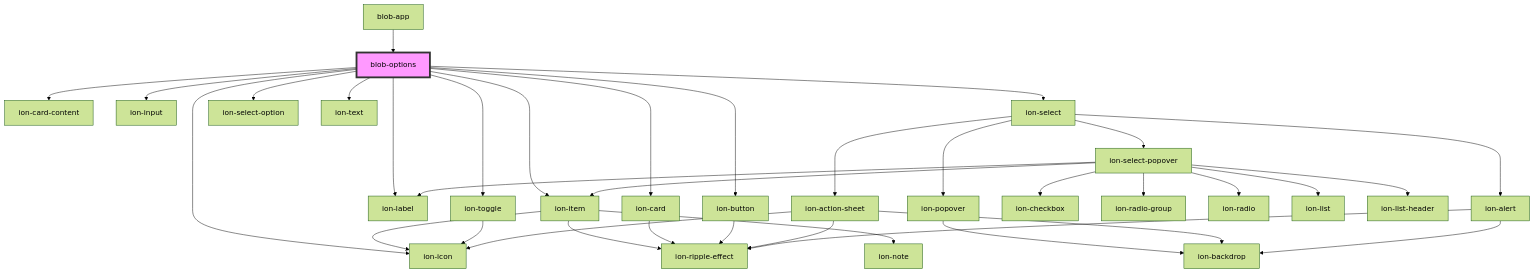
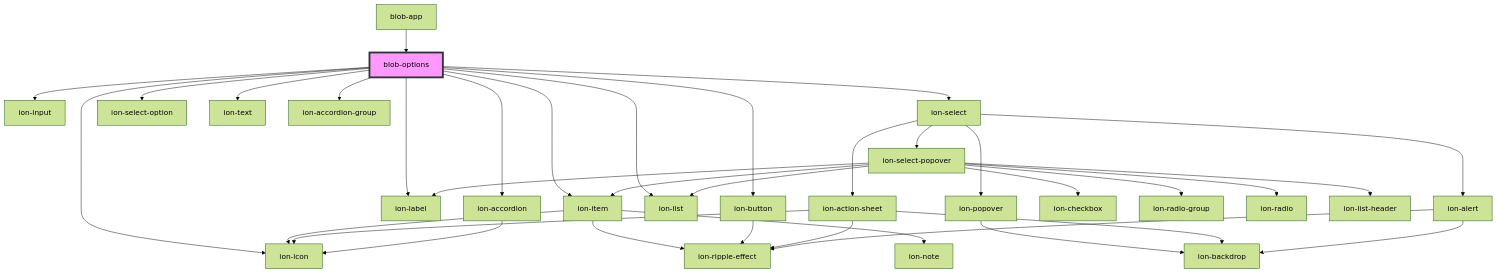
Before and after one commit to Sukaato/blob-downloader: the diagram in src/components/blob-options/readme.md, drawn with Mermaid (forest theme). The commit also changed other lines of this file and 13 other files, not shown here.

````diff
--- a/src/components/blob-options/readme.md
+++ b/src/components/blob-options/readme.md
@@ -29,39 +42,38 @@
 ```mermaid
 graph TD;
   blob-options --> ion-item
+  blob-options --> ion-label
+  blob-options --> ion-input
   blob-options --> ion-icon
-  blob-options --> ion-label
-  blob-options --> ion-toggle
-  blob-options --> ion-card
-  blob-options --> ion-card-content
   blob-options --> ion-button
-  blob-options --> ion-input
   blob-options --> ion-select
   blob-options --> ion-select-option
   blob-options --> ion-text
+  blob-options --> ion-accordion-group
+  blob-options --> ion-accordion
+  blob-options --> ion-list
   ion-item --> ion-icon
   ion-item --> ion-ripple-effect
   ion-item --> ion-note
-  ion-toggle --> ion-icon
-  ion-card --> ion-ripple-effect
   ion-button --> ion-ripple-effect
   ion-select --> ion-select-popover
   ion-select --> ion-popover
   ion-select --> ion-action-sheet
   ion-select --> ion-alert
   ion-select-popover --> ion-item
   ion-select-popover --> ion-checkbox
   ion-select-popover --> ion-label
   ion-select-popover --> ion-radio-group
   ion-select-popover --> ion-radio
   ion-select-popover --> ion-list
   ion-select-popover --> ion-list-header
   ion-popover --> ion-backdrop
   ion-action-sheet --> ion-backdrop
   ion-action-sheet --> ion-icon
   ion-action-sheet --> ion-ripple-effect
   ion-alert --> ion-ripple-effect
   ion-alert --> ion-backdrop
+  ion-accordion --> ion-icon
   blob-app --> blob-options
   style blob-options fill:#f9f,stroke:#333,stroke-width:4px
 ```
````
